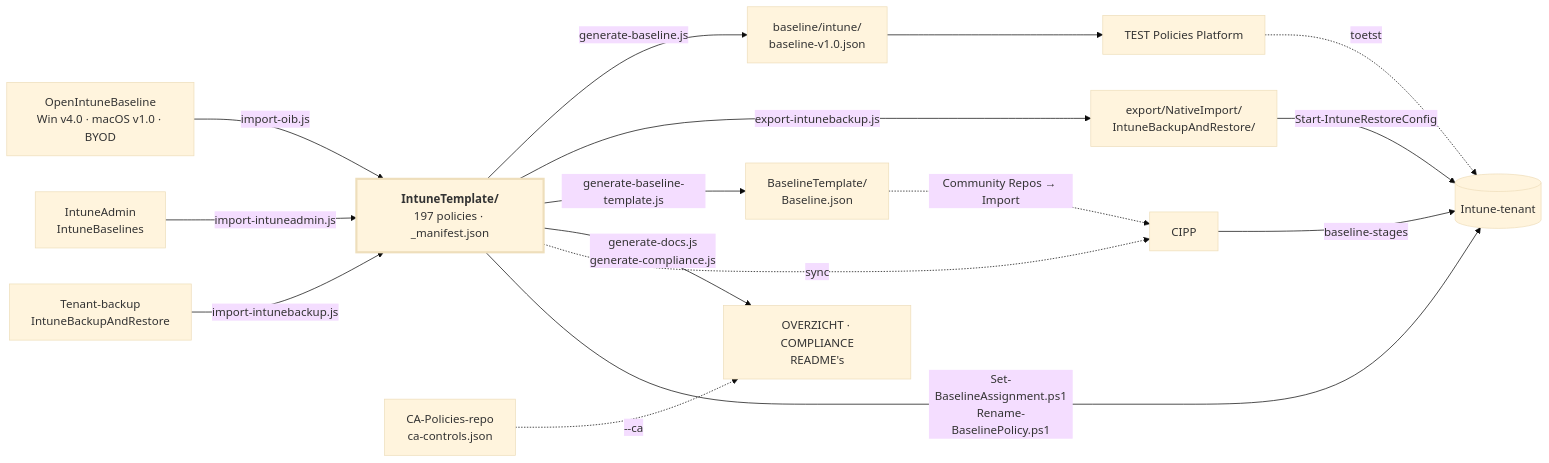
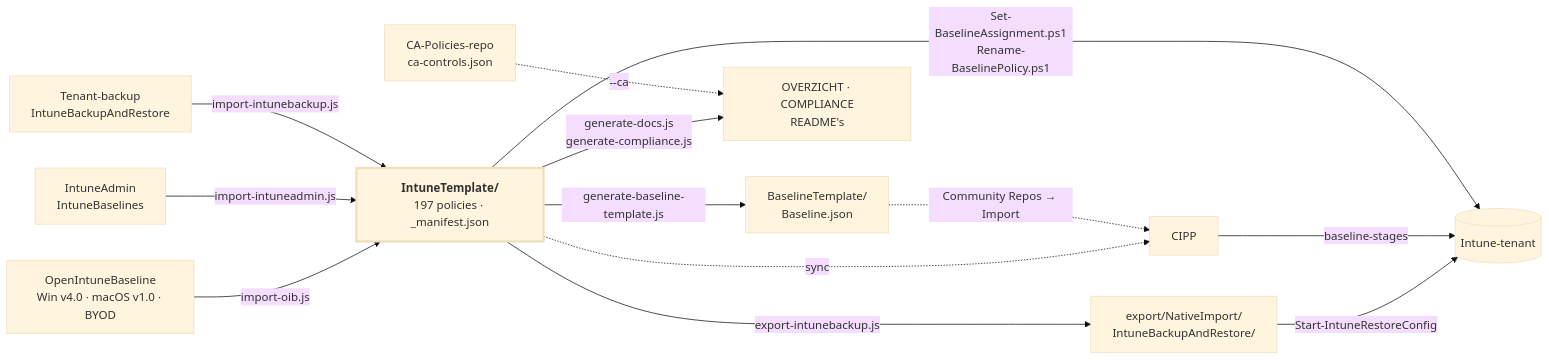
The diagram in STRUCTUUR.md (sjkanon/IntuneBackup), drawn with Mermaid (base theme) before and after one commit. The commit also changed other lines of this file and 678 other files, not shown here.

First line of the commit message:
TEST Policies Platform eruit

````diff
--- a/STRUCTUUR.md
+++ b/STRUCTUUR.md
@@ -24,24 +24,21 @@
 ```mermaid
 flowchart LR
   OIB["OpenIntuneBaseline<br/>Win v4.0 · macOS v1.0 · BYOD"] -->|import-oib.js| T
   IA["IntuneAdmin<br/>IntuneBaselines"] -->|import-intuneadmin.js| T
   BK["Tenant-backup<br/>IntuneBackupAndRestore"] -->|import-intunebackup.js| T
 
   T["<b>IntuneTemplate/</b><br/>197 policies · _manifest.json"]
 
-  T -->|generate-baseline.js| BL["baseline/intune/<br/>baseline-v1.0.json"]
   T -->|export-intunebackup.js| EX["export/NativeImport/<br/>IntuneBackupAndRestore/"]
   T -->|generate-baseline-template.js| BT["BaselineTemplate/<br/>Baseline.json"]
   T -->|generate-docs.js<br/>generate-compliance.js| DOC["OVERZICHT · COMPLIANCE<br/>README's"]
   CA["CA-Policies-repo<br/>ca-controls.json"] -.->|--ca| DOC
 
   T -.->|sync| CIPP["CIPP"]
   BT -.->|Community Repos → Import| CIPP
-  BL --> PLAT["TEST Policies Platform"]
   EX -->|Start-IntuneRestoreConfig| TEN[("Intune-tenant")]
   CIPP -->|baseline-stages| TEN
   T -->|Set-BaselineAssignment.ps1<br/>Rename-BaselinePolicy.ps1| TEN
-  PLAT -.->|toetst| TEN
 
   style T stroke-width:3px
 ```
````
